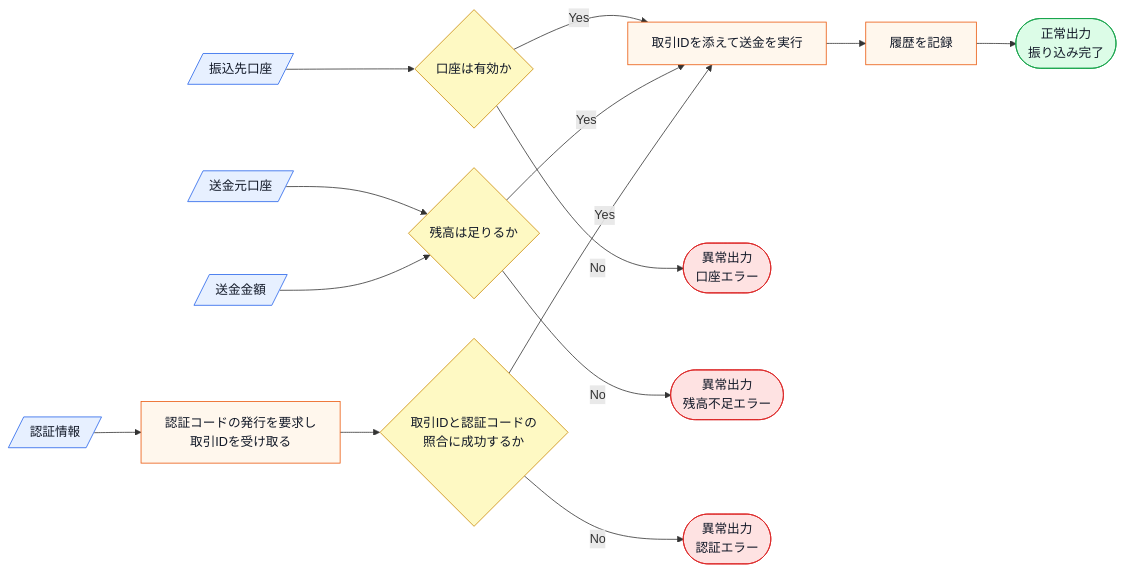
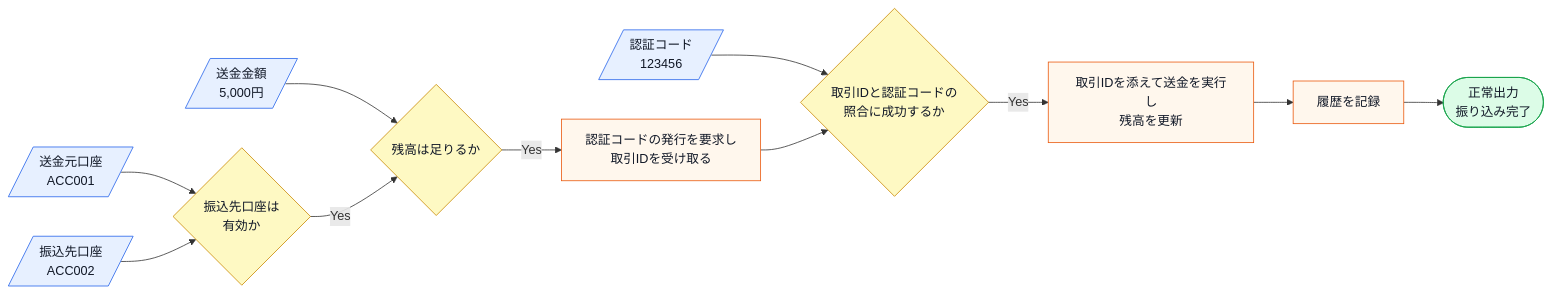
Before and after one commit to kumachan1101-pixel/DesignPattern: the third of 7 diagrams in kindle/design-patterns/output/chapter02.md, drawn with Mermaid. The commit also changed other lines of this file and 11 other files, not shown here.

Commit message:
docs: 残タスクの仕様図と外部境界を全章反映

````diff
--- a/kindle/design-patterns/output/chapter02.md
+++ b/kindle/design-patterns/output/chapter02.md
@@ -541,22 +548,19 @@
 ```mermaid
 flowchart LR
-    A[/送金元口座/]:::input --> B{残高は足りるか}:::decision
-    C[/振込先口座/]:::input --> D{口座は有効か}:::decision
-    E[/送金金額/]:::input --> B
-    F[/認証情報/]:::input --> P[認証コードの発行を要求し<br>取引IDを受け取る]:::process
+    A[/送金元口座<br>ACC001/]:::input --> D{振込先口座は<br>有効か}:::decision
+    C[/振込先口座<br>ACC002/]:::input --> D
+    E[/送金金額<br>5,000円/]:::input --> B{残高は足りるか}:::decision
+    D -->|Yes| B
+    B -->|Yes| P[認証コードの発行を要求し<br>取引IDを受け取る]:::process
+    F[/認証コード<br>123456/]:::input --> G
     P --> G{取引IDと認証コードの<br>照合に成功するか}:::decision
-    D -->|Yes| H[取引IDを添えて送金を実行]:::process
-    B -->|Yes| H
     G -->|Yes| H
+    H[取引IDを添えて送金を実行し<br>残高を更新]:::process
     H --> I[履歴を記録]:::process
     I --> J([正常出力<br>振り込み完了]):::normal
-    D -->|No| K([異常出力<br>口座エラー]):::error
-    B -->|No| L([異常出力<br>残高不足エラー]):::error
-    G -->|No| M([異常出力<br>認証エラー]):::error
 
     classDef input fill:#e7f0ff,stroke:#2563eb,color:#111827;
     classDef process fill:#fff7ed,stroke:#ea580c,color:#111827;
     classDef decision fill:#fef9c3,stroke:#ca8a04,color:#111827;
     classDef normal fill:#dcfce7,stroke:#16a34a,color:#111827;
-    classDef error fill:#fee2e2,stroke:#dc2626,color:#111827;
 ```
````
